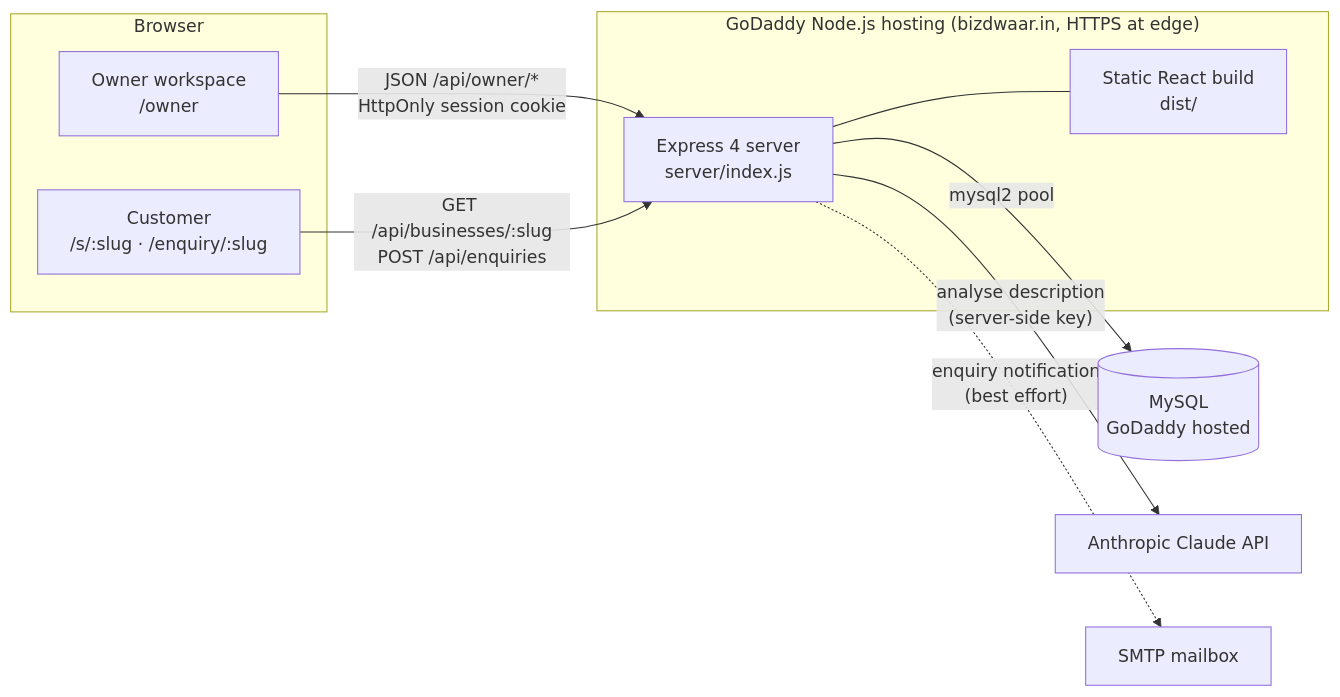
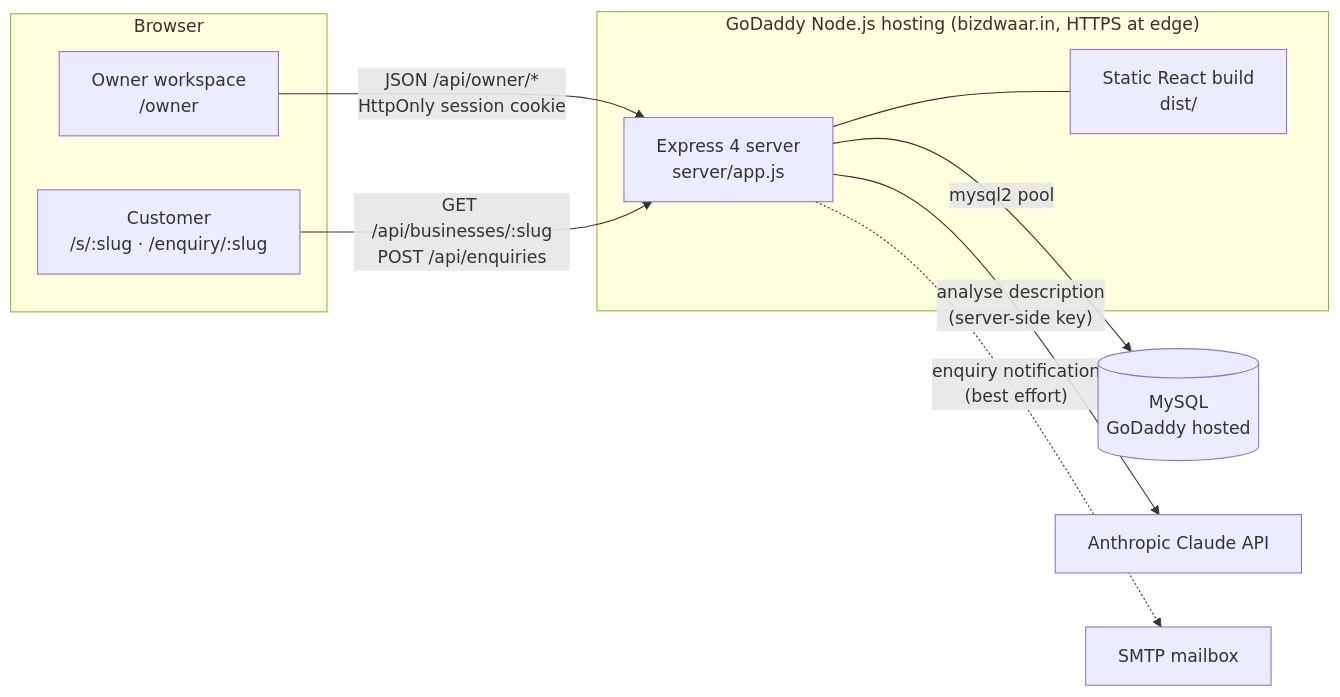
One commit to sakshi13-m/BizDwaar changed the first of 5 diagrams in docs/architecture.md. Above: the diagram before and after it, drawn with Mermaid. The commit also changed other lines of this file and 9 other files, not shown here.

````diff
--- a/docs/architecture.md
+++ b/docs/architecture.md
@@ -11,23 +13,23 @@
 ```mermaid
 flowchart LR
   subgraph Browser
     O[Owner workspace<br/>/owner]
     C[Customer<br/>/s/:slug · /enquiry/:slug]
   end
 
   subgraph GoDaddy["GoDaddy Node.js hosting (bizdwaar.in, HTTPS at edge)"]
-    E[Express 4 server<br/>server/index.js]
+    E[Express 4 server<br/>server/app.js]
     S[Static React build<br/>dist/]
     E --- S
   end
 
   DB[(MySQL<br/>GoDaddy hosted)]
   AI[Anthropic Claude API]
   M[SMTP mailbox]
 
   O -- "JSON /api/owner/*<br/>HttpOnly session cookie" --> E
   C -- "GET /api/businesses/:slug<br/>POST /api/enquiries" --> E
   E -- mysql2 pool --> DB
   E -- "analyse description<br/>(server-side key)" --> AI
   E -. "enquiry notification<br/>(best effort)" .-> M
 ```
````
